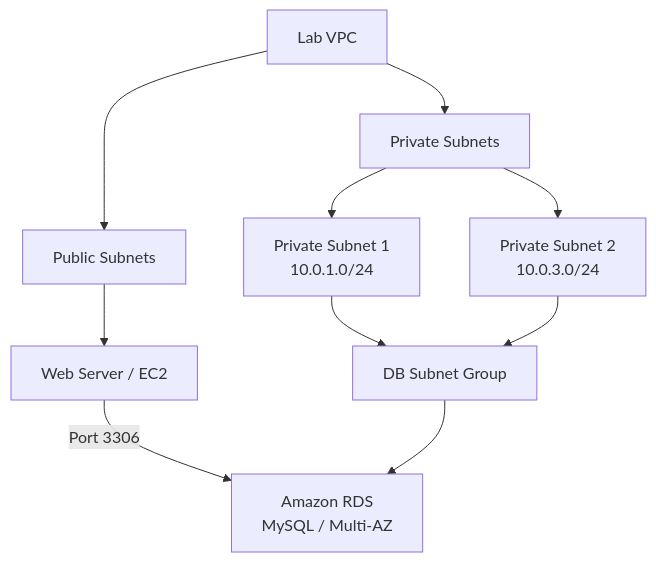
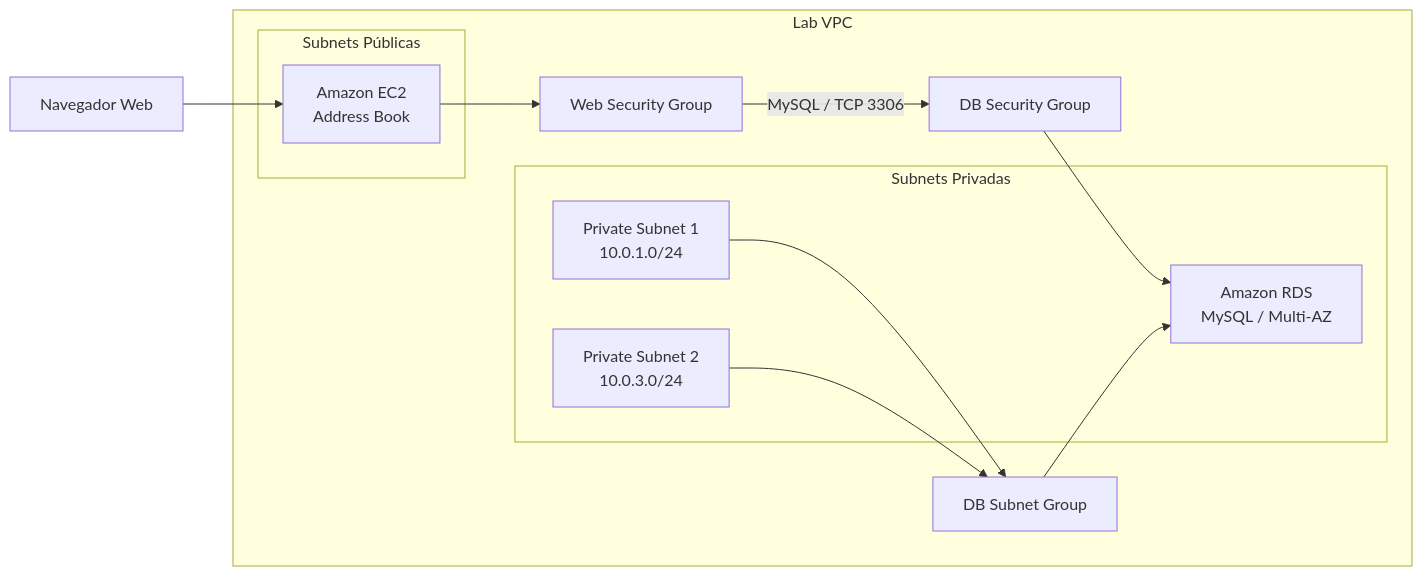
Before and after one commit to laisrdrgs/cloud-labs: the third of 4 diagrams in 03-rds-address-book/README.md, drawn with Mermaid. The commit also changed other lines of this file, not shown here.

First line of the commit message:
Revise README for RDS and EC2 lab details

````diff
--- a/03-rds-address-book/README.md
+++ b/03-rds-address-book/README.md
@@ -169,19 +185,28 @@
 ```mermaid
-flowchart TD
-    VPC["Lab VPC"]
+flowchart LR
+    USER["Navegador Web"]
 
-    VPC --> PUBLIC["Public Subnets"]
-    VPC --> PRIVATE["Private Subnets"]
+    subgraph VPC["Lab VPC"]
+        subgraph PUBLIC["Subnets Públicas"]
+            EC2["Amazon EC2<br/>Address Book"]
+        end
 
-    PUBLIC --> EC2["Web Server / EC2"]
+        subgraph PRIVATE["Subnets Privadas"]
+            SUB1["Private Subnet 1<br/>10.0.1.0/24"]
+            SUB2["Private Subnet 2<br/>10.0.3.0/24"]
+            DB["Amazon RDS<br/>MySQL / Multi-AZ"]
+        end
 
-    PRIVATE --> SUB1["Private Subnet 1<br/>10.0.1.0/24"]
-    PRIVATE --> SUB2["Private Subnet 2<br/>10.0.3.0/24"]
+        WSG["Web Security Group"]
+        DBSG["DB Security Group"]
+        DBGROUP["DB Subnet Group"]
+    end
 
-    SUB1 --> DBGROUP["DB Subnet Group"]
+    USER --> EC2
+    EC2 --> WSG
+    WSG -->|"MySQL / TCP 3306"| DBSG
+    DBSG --> DB
+    SUB1 --> DBGROUP
     SUB2 --> DBGROUP
-
-    EC2 -->|"Port 3306"| RDS["Amazon RDS<br/>MySQL / Multi-AZ"]
-
-    DBGROUP --> RDS
+    DBGROUP --> DB
 ```
````
